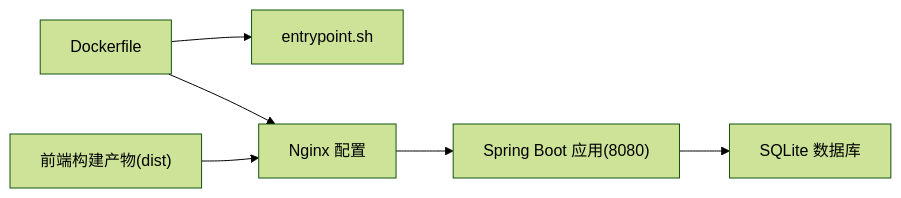
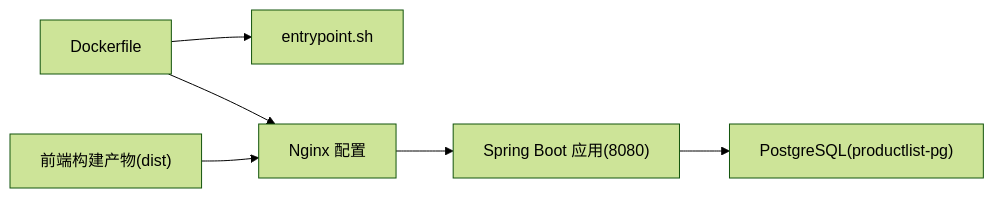
The fourth of 4 diagrams in .qoder/repowiki/zh/content/部署与运维/Docker容器化部署.md (kinke0/ProductList), drawn with Mermaid (forest theme) before and after one commit. The commit also changed other lines of this file and 106 other files, not shown here.

Commit message:
V1.1.0: 修复清单导航树不匹配+统计视图加载遮罩+上下移提示

````diff
--- a/.qoder/repowiki/zh/content/部署与运维/Docker容器化部署.md
+++ b/.qoder/repowiki/zh/content/部署与运维/Docker容器化部署.md
@@ -205,8 +228,8 @@
 ```mermaid
 graph LR
 DF["Dockerfile"] --> EP["entrypoint.sh"]
 DF --> NGXCFG["Nginx 配置"]
 NGXCFG --> APP["Spring Boot 应用(8080)"]
-APP --> DB["SQLite 数据库"]
+APP --> PG["PostgreSQL(productlist-pg)"]
 FE["前端构建产物(dist)"] --> NGXCFG
 ```
````
